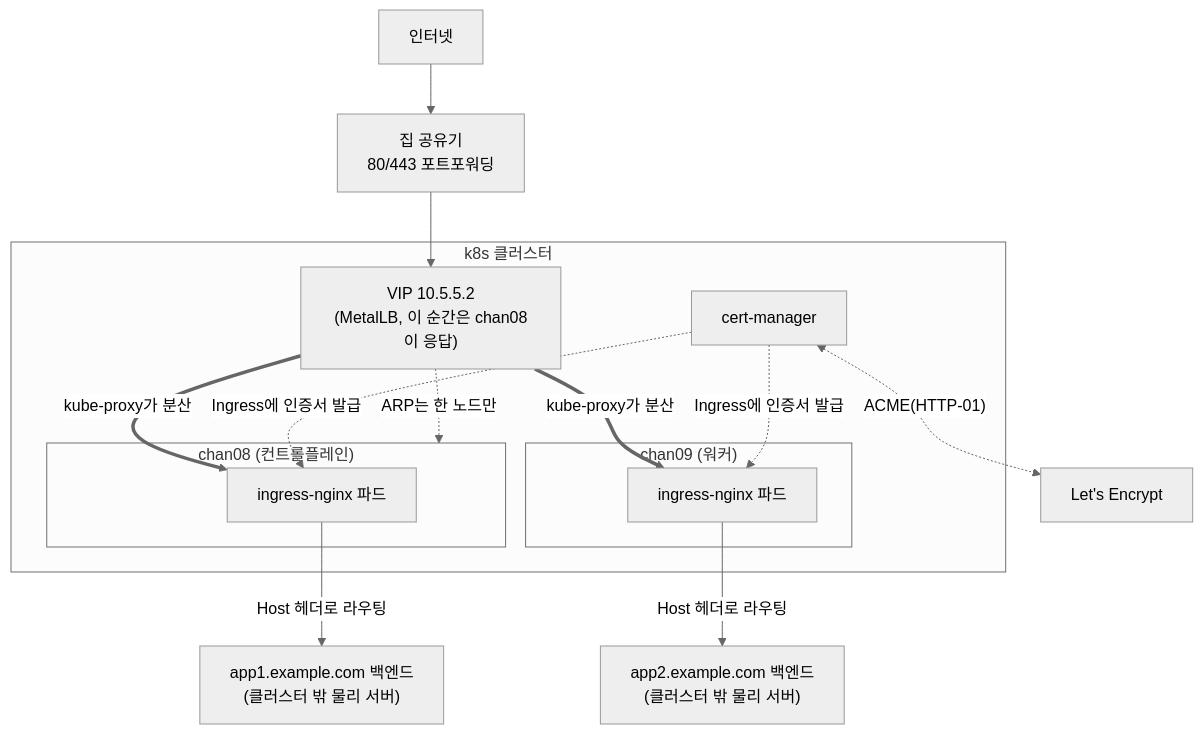
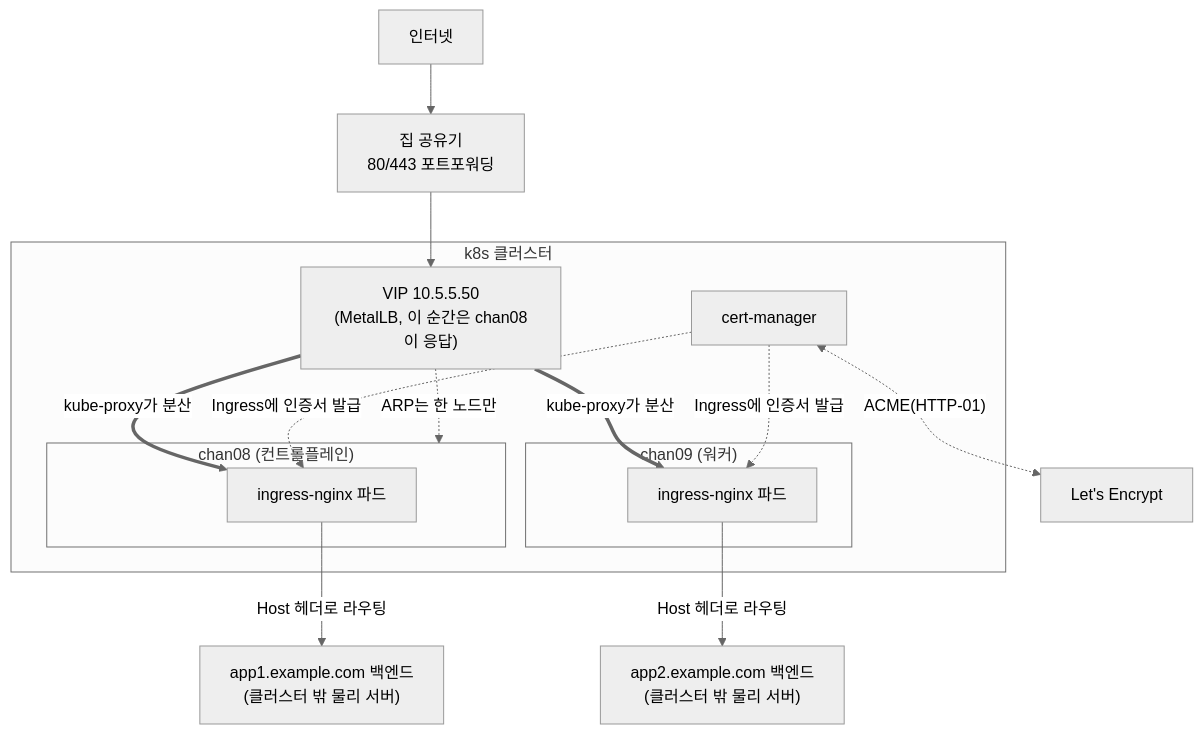
Before and after one commit to gywndi/homelab-diary: the diagram in lessons/05-1-ingress.md, drawn with Mermaid (neutral theme). The commit also changed other lines of this file and 4 other files, not shown here.

````diff
--- a/lessons/05-1-ingress.md
+++ b/lessons/05-1-ingress.md
@@ -19,24 +19,24 @@
 ```mermaid
 flowchart TB
     INET["인터넷"] --> ROUTER["집 공유기<br/>80/443 포트포워딩"]
-    ROUTER --> VIP["VIP 10.5.5.2<br/>(MetalLB, 이 순간은 chan08이 응답)"]
+    ROUTER --> VIP["VIP 10.5.5.50<br/>(MetalLB, 이 순간은 chan08이 응답)"]
 
     subgraph K8S["k8s 클러스터"]
         VIP -.ARP는 한 노드만.-> C08
         subgraph C08["chan08 (컨트롤플레인)"]
             IN1["ingress-nginx 파드"]
         end
         subgraph C09["chan09 (워커)"]
             IN2["ingress-nginx 파드"]
         end
         CM["cert-manager"]
         VIP == kube-proxy가 분산 ==> IN1
         VIP == kube-proxy가 분산 ==> IN2
         CM -.Ingress에 인증서 발급.-> IN1
         CM -.Ingress에 인증서 발급.-> IN2
     end
 
     IN1 -- Host 헤더로 라우팅 --> APP1["app1.example.com 백엔드<br/>(클러스터 밖 물리 서버)"]
     IN2 -- Host 헤더로 라우팅 --> APP2["app2.example.com 백엔드<br/>(클러스터 밖 물리 서버)"]
     CM <-. ACME(HTTP-01) .-> LE["Let's Encrypt"]
 ```
````
